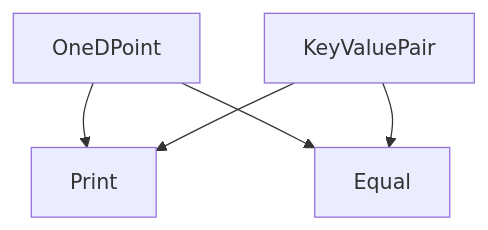
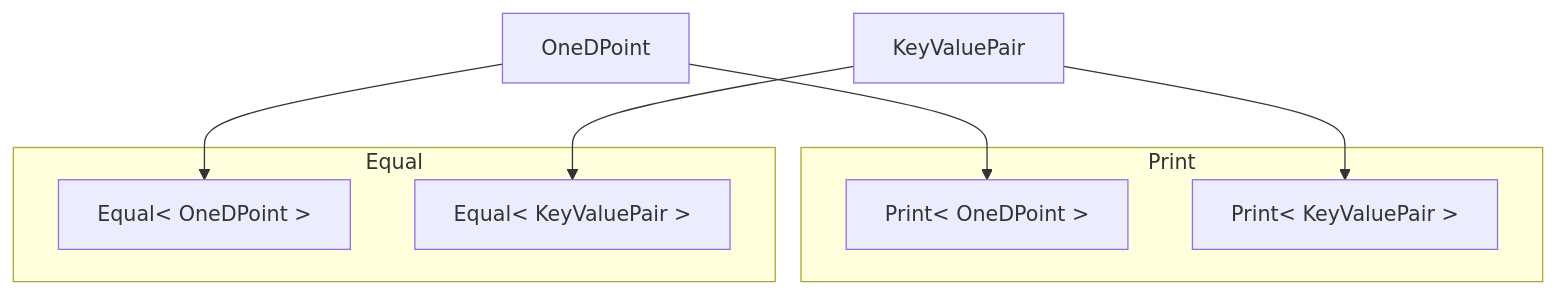
One commit to ssarkar2/Compilers changed the second of 3 diagrams in llvm/cpp_background/mixin_crtp/readme.md. Above: the diagram before and after it, drawn with Mermaid. The commit also changed other lines of this file and 1 other file, not shown here.

````diff
--- a/llvm/cpp_background/mixin_crtp/readme.md
+++ b/llvm/cpp_background/mixin_crtp/readme.md
@@ -46,8 +53,20 @@
 ```mermaid
 graph TD;
-    OneDPoint-->Print;
-    OneDPoint-->Equal;
-    KeyValuePair-->Print;
-    KeyValuePair-->Equal;
+    Print1d["`Print< OneDPoint >`"]
+    Printkv["`Print< KeyValuePair >`"]
+    Equal1d["`Equal< OneDPoint >`"]
+    Equalkv["`Equal< KeyValuePair >`"]
+    subgraph Print
+    Print1d
+    Printkv
+    end
+    subgraph Equal
+    Equal1d
+    Equalkv
+    end
+    OneDPoint-->Print1d;
+    OneDPoint-->Equal1d;
+    KeyValuePair-->Printkv;
+    KeyValuePair-->Equalkv;
     
 ```
````
